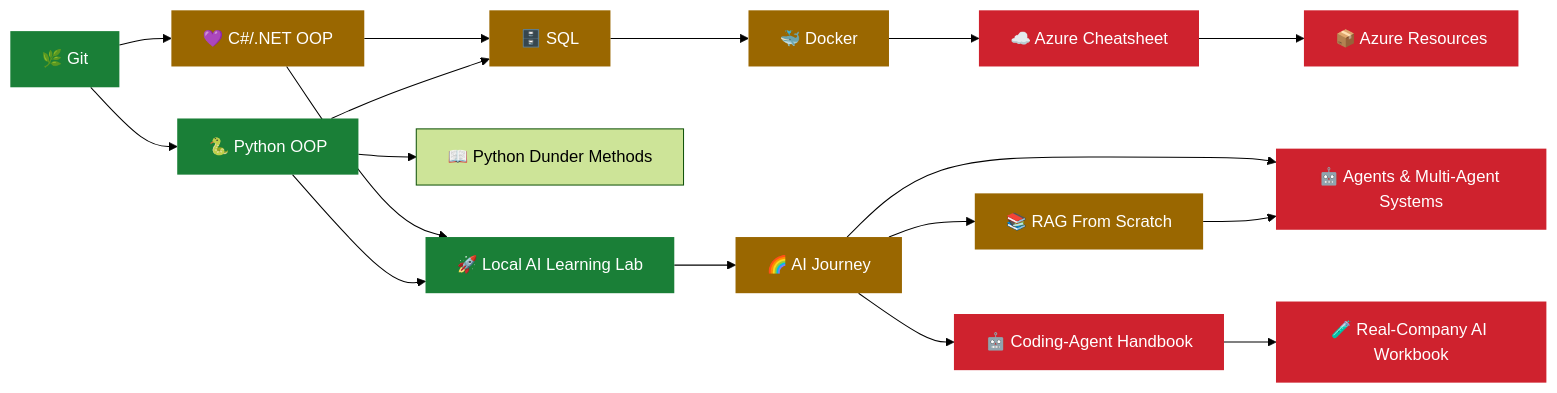
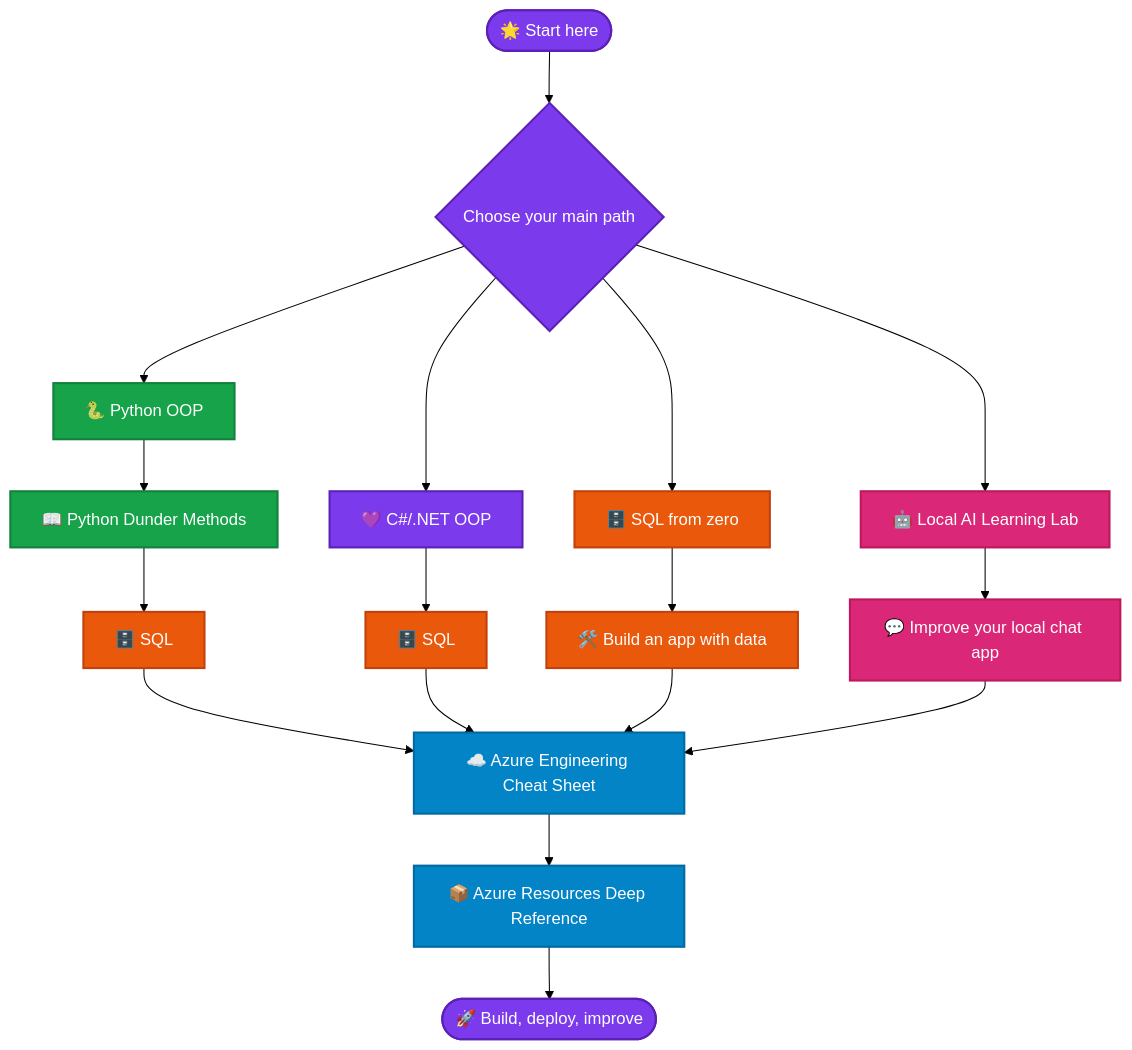
Before and after one commit to gcfernando/document: the diagram in README.md, drawn with Mermaid (forest theme). The commit also changed other lines of this file and 39 other files, not shown here.

Commit message:
Add DevOps cheat sheets and improve documentation navigation

````diff
--- a/README.md
+++ b/README.md
@@ -45,30 +46,38 @@
 ```mermaid
-flowchart LR
-    GIT[🌿 Git] --> CS[💜 C#/.NET OOP]
-    GIT --> PY[🐍 Python OOP]
+flowchart TD
+    START([🌟 Start here]) --> CHOOSE{Choose your main path}
 
-    CS --> SQL[🗄️ SQL]
-    PY --> SQL
+    CHOOSE --> PY[🐍 Python OOP]
     PY --> DUNDER[📖 Python Dunder Methods]
+    DUNDER --> PYSQL[🗄️ SQL]
 
-    SQL --> DOCKER[🐳 Docker]
-    DOCKER --> AZ[☁️ Azure Cheatsheet]
-    AZ --> AZR[📦 Azure Resources]
+    CHOOSE --> CS[💜 C#/.NET OOP]
+    CS --> CSSQL[🗄️ SQL]
 
-    CS --> LAB[🚀 Local AI Learning Lab]
-    PY --> LAB
-    LAB --> JOURNEY[🌈 AI Journey]
-    JOURNEY --> RAG[📚 RAG From Scratch]
-    JOURNEY --> AGENTS[🤖 Agents & Multi-Agent Systems]
-    RAG --> AGENTS
-    JOURNEY --> HANDBOOK[🤖 Coding-Agent Handbook]
-    HANDBOOK --> WORKBOOK[🧪 Real-Company AI Workbook]
+    CHOOSE --> SQLSTART[🗄️ SQL from zero]
+    SQLSTART --> APP[🛠️ Build an app with data]
 
-    classDef beginner fill:#1a7f37,color:#fff,stroke:none
-    classDef intermediate fill:#9a6700,color:#fff,stroke:none
-    classDef advanced fill:#cf222e,color:#fff,stroke:none
+    CHOOSE --> AI[🤖 Local AI Learning Lab]
+    AI --> AIAPP[💬 Improve your local chat app]
 
-    class GIT,PY,LAB beginner
-    class CS,SQL,DOCKER,RAG,JOURNEY intermediate
-    class AZ,AZR,AGENTS,HANDBOOK,WORKBOOK advanced
+    PYSQL --> CLOUD[☁️ Azure Engineering Cheat Sheet]
+    CSSQL --> CLOUD
+    APP --> CLOUD
+    AIAPP --> CLOUD
+    CLOUD --> RESOURCES[📦 Azure Resources Deep Reference]
+    RESOURCES --> BUILD([🚀 Build, deploy, improve])
+
+    classDef start fill:#7C3AED,color:#ffffff,stroke:#5B21B6,stroke-width:2px
+    classDef python fill:#16A34A,color:#ffffff,stroke:#15803D,stroke-width:2px
+    classDef dotnet fill:#7C3AED,color:#ffffff,stroke:#5B21B6,stroke-width:2px
+    classDef data fill:#EA580C,color:#ffffff,stroke:#C2410C,stroke-width:2px
+    classDef ai fill:#DB2777,color:#ffffff,stroke:#BE185D,stroke-width:2px
+    classDef cloud fill:#0284C7,color:#ffffff,stroke:#0369A1,stroke-width:2px
+
+    class START,CHOOSE,BUILD start
+    class PY,DUNDER python
+    class CS dotnet
+    class PYSQL,CSSQL,SQLSTART,APP data
+    class AI,AIAPP ai
+    class CLOUD,RESOURCES cloud
 ```
````
